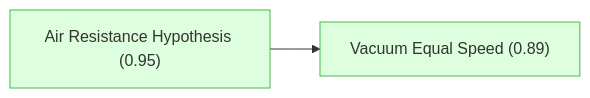
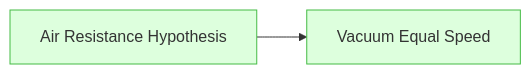
One commit to kunyuan/GalileoFallingBodies.gaia changed the first of 2 diagrams in README.md. Above: the diagram before and after it, drawn with Mermaid. The commit also changed other lines of this file and 5 other files, not shown here.

````diff
--- a/README.md
+++ b/README.md
@@ -7,16 +7,16 @@
 ```mermaid
 graph LR
-    hyp_air_resistance["Air Resistance Hypothesis (0.95)"]:::derived
-    hyp_vacuum_equal["Vacuum Equal Speed (0.89)"]:::derived
+    hyp_air_resistance["Air Resistance Hypothesis"]:::derived
+    hyp_vacuum_equal["Vacuum Equal Speed"]:::derived
     hyp_air_resistance --> hyp_vacuum_equal
 
     classDef setting fill:#f0f0f0,stroke:#999,color:#333
     classDef premise fill:#ddeeff,stroke:#4488bb,color:#333
     classDef derived fill:#ddffdd,stroke:#44bb44,color:#333
     classDef question fill:#fff3dd,stroke:#cc9944,color:#333
     classDef background fill:#f5f5f5,stroke:#bbb,stroke-dasharray: 5 5,color:#333
     classDef orphan fill:#fff,stroke:#ccc,stroke-dasharray: 5 5,color:#333
     classDef external fill:#fff,stroke:#aaa,stroke-dasharray: 3 3,color:#333
     classDef weak fill:#fff9c4,stroke:#f9a825,stroke-dasharray: 5 5,color:#333
     classDef contra fill:#ffebee,stroke:#c62828,color:#333
 ```
````
